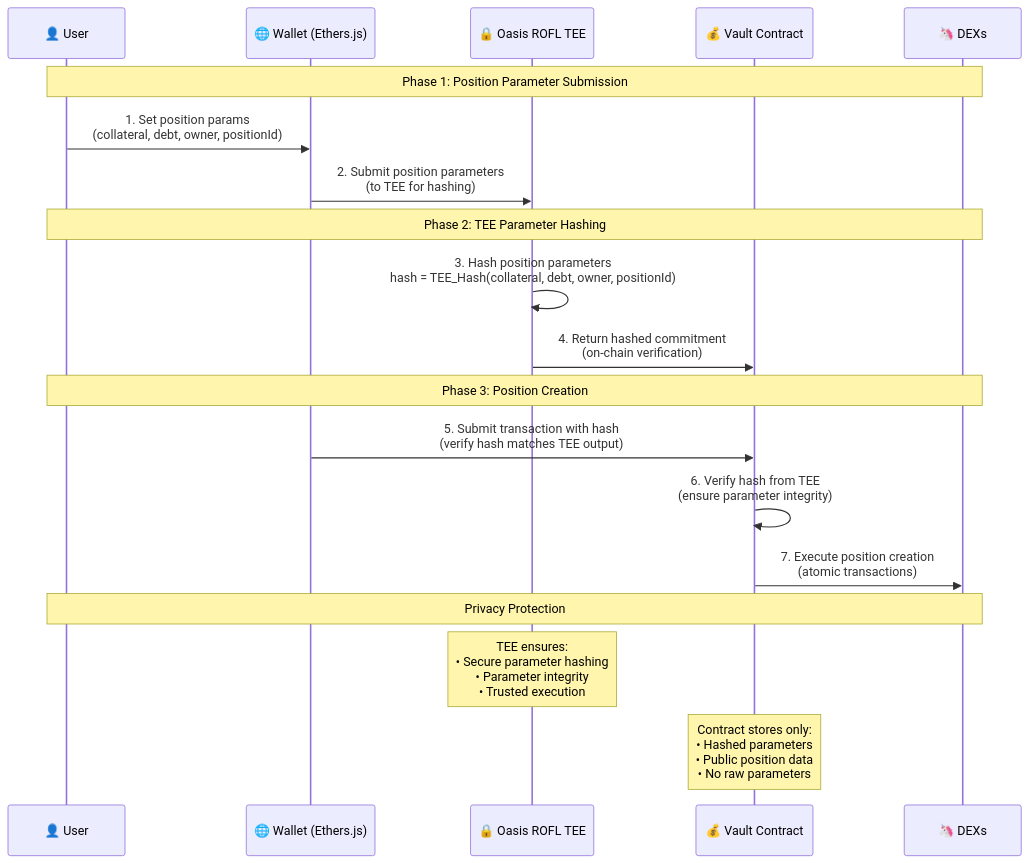
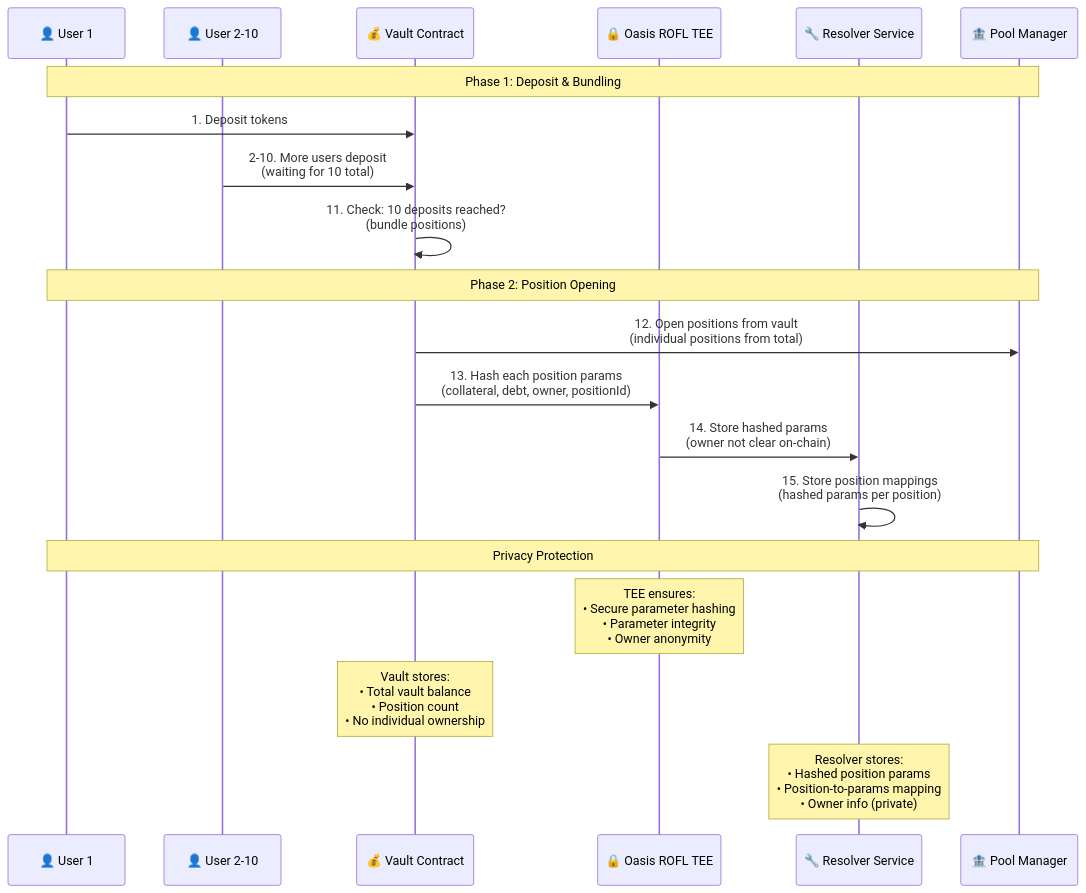
The third of 5 diagrams in notes/shadow-splitter-v2.md (arseneeth/shayd), drawn with Mermaid before and after one commit. The commit also changed other lines of this file and 22 other files, not shown here.

````diff
--- a/notes/shadow-splitter-v2.md
+++ b/notes/shadow-splitter-v2.md
@@ -94,25 +82,25 @@
 ```mermaid
 sequenceDiagram
-    participant U as 👤 User
-    participant W as 🌐 Wallet (Ethers.js)
+    participant U1 as 👤 User 1
+    participant U2 as 👤 User 2-10
+    participant V as 💰 Vault Contract
     participant T as 🔒 Oasis ROFL TEE
-    participant C as 💰 Vault Contract
-    participant D as 🦄 DEXs
+    participant R as 🔧 Resolver Service
+    participant P as 🏦 Pool Manager
     
-    Note over U,D: Phase 1: Position Parameter Submission
-    U->>W: 1. Set position params<br/>(collateral, debt, owner, positionId)
-    W->>T: 2. Submit position parameters<br/>(to TEE for hashing)
+    Note over U1,P: Phase 1: Deposit & Bundling
+    U1->>V: 1. Deposit tokens
+    U2->>V: 2-10. More users deposit<br/>(waiting for 10 total)
+    V->>V: 11. Check: 10 deposits reached?<br/>(bundle positions)
     
-    Note over U,D: Phase 2: TEE Parameter Hashing
-    T->>T: 3. Hash position parameters<br/>hash = TEE_Hash(collateral, debt, owner, positionId)
-    T->>C: 4. Return hashed commitment<br/>(on-chain verification)
+    Note over U1,P: Phase 2: Position Opening
+    V->>P: 12. Open positions from vault<br/>(individual positions from total)
+    V->>T: 13. Hash each position params<br/>(collateral, debt, owner, positionId)
+    T->>R: 14. Store hashed params<br/>(owner not clear on-chain)
+    R->>R: 15. Store position mappings<br/>(hashed params per position)
     
-    Note over U,D: Phase 3: Position Creation
-    W->>C: 5. Submit transaction with hash<br/>(verify hash matches TEE output)
-    C->>C: 6. Verify hash from TEE<br/>(ensure parameter integrity)
-    C->>D: 7. Execute position creation<br/>(atomic transactions)
-    
-    Note over U,D: Privacy Protection
-    Note over T: TEE ensures:<br/>• Secure parameter hashing<br/>• Parameter integrity<br/>• Trusted execution
-    Note over C: Contract stores only:<br/>• Hashed parameters<br/>• Public position data<br/>• No raw parameters
+    Note over U1,P: Privacy Protection
+    Note over T: TEE ensures:<br/>• Secure parameter hashing<br/>• Parameter integrity<br/>• Owner anonymity
+    Note over V: Vault stores:<br/>• Total vault balance<br/>• Position count<br/>• No individual ownership
+    Note over R: Resolver stores:<br/>• Hashed position params<br/>• Position-to-params mapping<br/>• Owner info (private)
 ```
````
